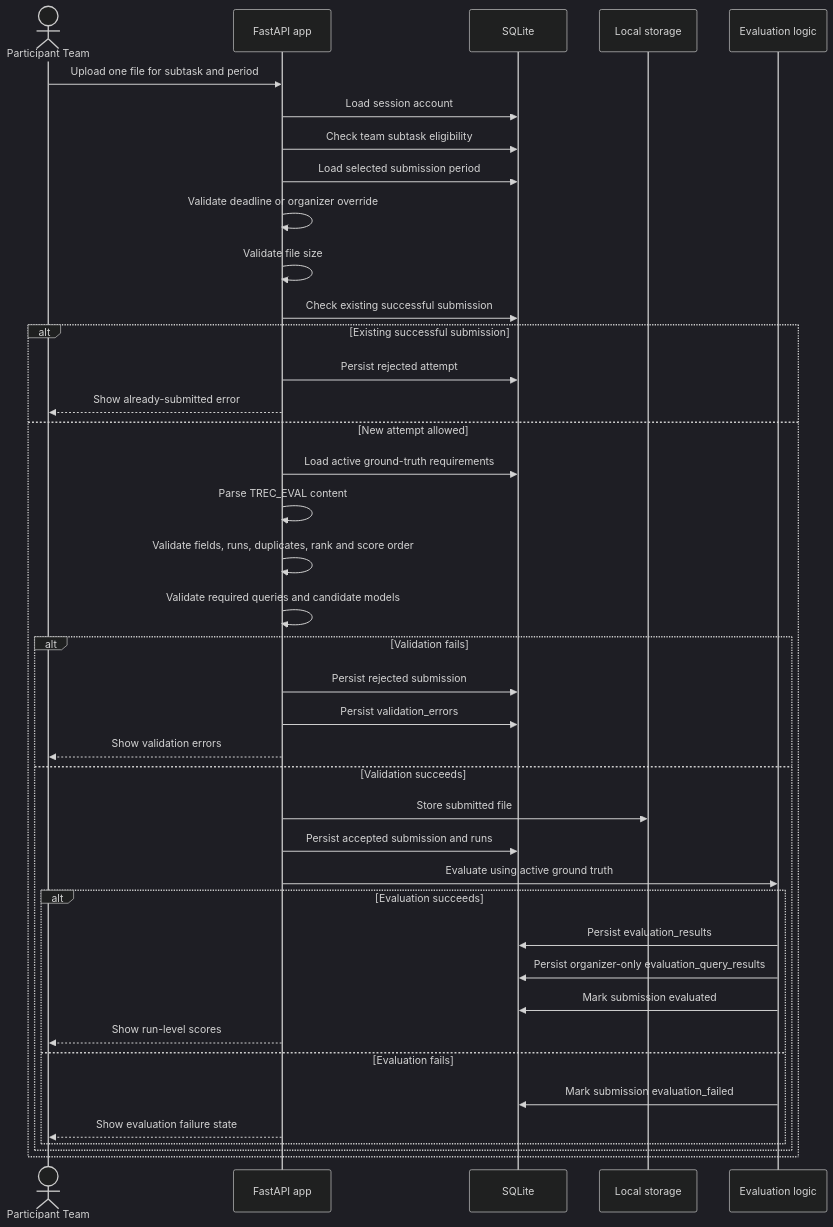
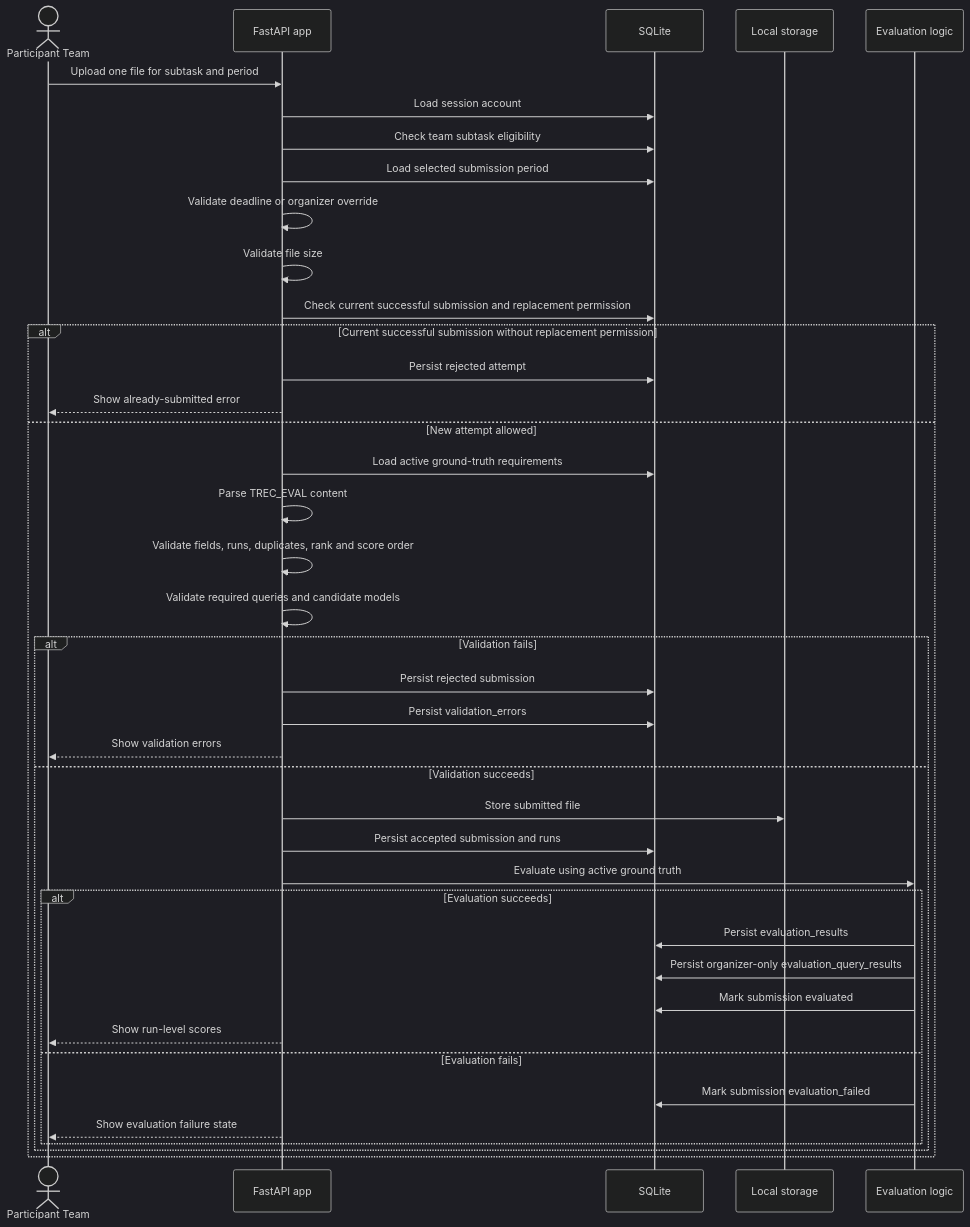
The diagram in docs/technical/submission-spec.md (modelretrieval-1/modelretrieval-1-submission-site), drawn with Mermaid (dark theme) before and after one commit. The commit also changed other lines of this file and 25 other files, not shown here.

````diff
--- a/docs/technical/submission-spec.md
+++ b/docs/technical/submission-spec.md
@@ -23,46 +23,46 @@
 ```mermaid
 sequenceDiagram
   actor Team as Participant Team
   participant App as FastAPI app
   participant DB as SQLite
   participant Storage as Local storage
   participant Eval as Evaluation logic
 
   Team->>App: Upload one file for subtask and period
   App->>DB: Load session account
   App->>DB: Check team subtask eligibility
   App->>DB: Load selected submission period
   App->>App: Validate deadline or organizer override
   App->>App: Validate file size
-  App->>DB: Check existing successful submission
+  App->>DB: Check current successful submission and replacement permission
 
-  alt Existing successful submission
+  alt Current successful submission without replacement permission
     App->>DB: Persist rejected attempt
     App-->>Team: Show already-submitted error
   else New attempt allowed
     App->>DB: Load active ground-truth requirements
     App->>App: Parse TREC_EVAL content
     App->>App: Validate fields, runs, duplicates, rank and score order
     App->>App: Validate required queries and candidate models
 
     alt Validation fails
       App->>DB: Persist rejected submission
       App->>DB: Persist validation_errors
       App-->>Team: Show validation errors
     else Validation succeeds
       App->>Storage: Store submitted file
       App->>DB: Persist accepted submission and runs
       App->>Eval: Evaluate using active ground truth
 
       alt Evaluation succeeds
         Eval->>DB: Persist evaluation_results
         Eval->>DB: Persist organizer-only evaluation_query_results
         Eval->>DB: Mark submission evaluated
         App-->>Team: Show run-level scores
       else Evaluation fails
         Eval->>DB: Mark submission evaluation_failed
         App-->>Team: Show evaluation failure state
       end
     end
   end
 ```
````
